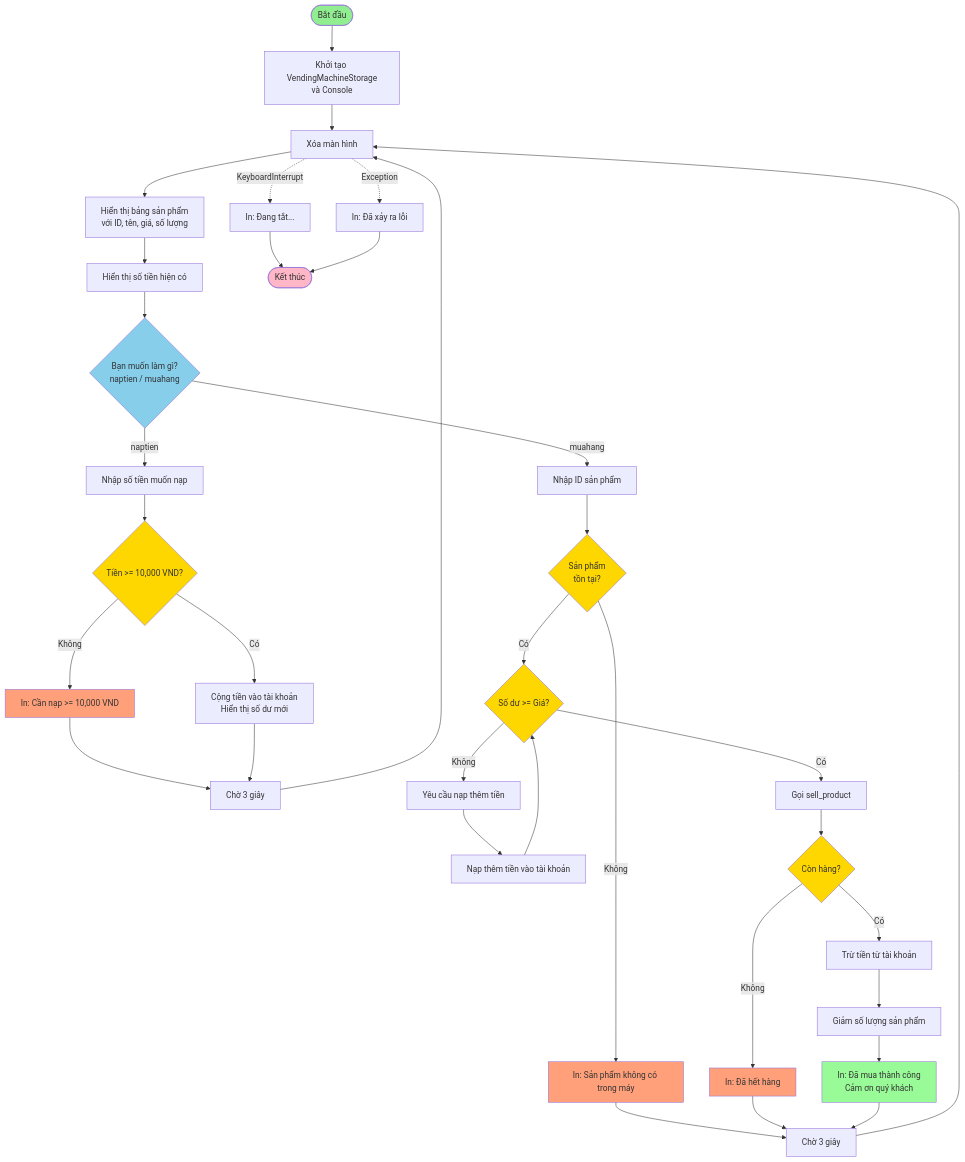
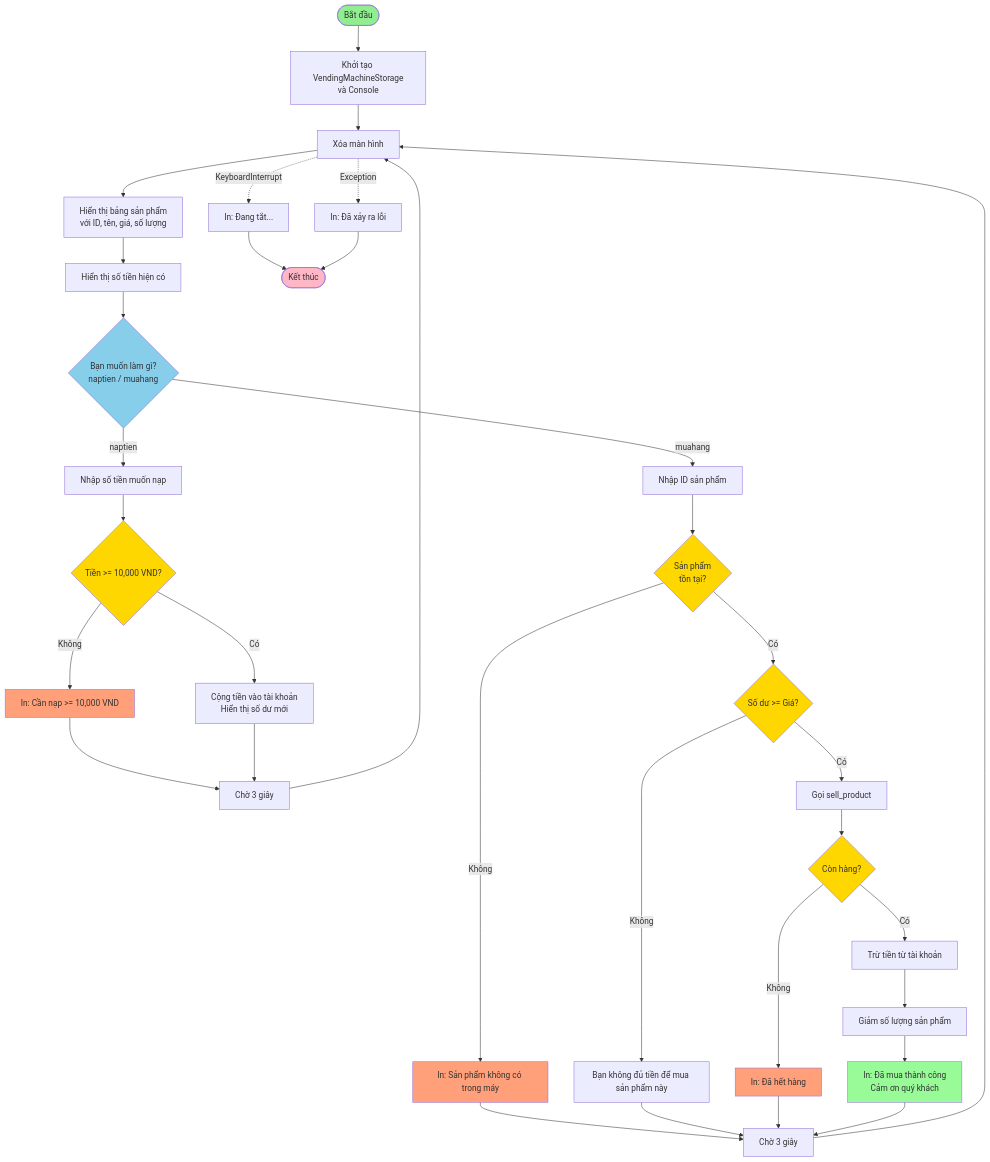
Before and after one commit to cailogang/VendingMachine: the diagram in readme.md, drawn with Mermaid.

Commit message:
fix: match the requirement of the EX

````diff
--- a/readme.md
+++ b/readme.md
@@ -261,55 +261,53 @@
 ```mermaid
 flowchart TD
     Start([Bắt đầu]) --> Init[Khởi tạo VendingMachineStorage<br/>và Console]
     Init --> Clear[Xóa màn hình]
     Clear --> Display[Hiển thị bảng sản phẩm<br/>với ID, tên, giá, số lượng]
     Display --> ShowMoney[Hiển thị số tiền hiện có]
     ShowMoney --> Prompt{Bạn muốn làm gì?<br/>naptien / muahang}
     
     Prompt -->|naptien| InputMoney[Nhập số tiền muốn nạp]
     InputMoney --> CheckMinMoney{Tiền >= 10,000 VND?}
     CheckMinMoney -->|Có| AddMoney[Cộng tiền vào tài khoản<br/>Hiển thị số dư mới]
     CheckMinMoney -->|Không| ErrorMin[In: Cần nạp >= 10,000 VND]
     ErrorMin --> Wait1[Chờ 3 giây]
     AddMoney --> Wait1
     
     Prompt -->|muahang| InputID[Nhập ID sản phẩm]
     InputID --> CheckExists{Sản phẩm<br/>tồn tại?}
     CheckExists -->|Không| ErrorNotFound[In: Sản phẩm không có trong máy]
     ErrorNotFound --> Wait2[Chờ 3 giây]
     
     CheckExists -->|Có| CheckBalance{Số dư >= Giá?}
-    CheckBalance -->|Không| AskMoreMoney[Yêu cầu nạp thêm tiền]
-    AskMoreMoney --> AddMoreMoney[Nạp thêm tiền vào tài khoản]
-    AddMoreMoney --> CheckBalance
+    CheckBalance -->|Không| Display2[Bạn không đủ tiền để mua sản phẩm này] --> Wait2
     
     CheckBalance -->|Có| ProcessSell[Gọi sell_product]
     ProcessSell --> CheckStock{Còn hàng?}
     CheckStock -->|Không| ErrorStock[In: Đã hết hàng]
     ErrorStock --> Wait2
     
     CheckStock -->|Có| DeductMoney[Trừ tiền từ tài khoản]
     DeductMoney --> DeductStock[Giảm số lượng sản phẩm]
     DeductStock --> Success[In: Đã mua thành công<br/>Cảm ơn quý khách]
     Success --> Wait2
     
     Wait1 --> Clear
     Wait2 --> Clear
     
     Clear -.->|KeyboardInterrupt| Exit1[In: Đang tắt...]
     Clear -.->|Exception| Exit2[In: Đã xảy ra lỗi]
     Exit1 --> End([Kết thúc])
     Exit2 --> End
     
     style Start fill:#90EE90
     style End fill:#FFB6C6
     style Prompt fill:#87CEEB
     style CheckExists fill:#FFD700
     style CheckBalance fill:#FFD700
     style CheckStock fill:#FFD700
     style CheckMinMoney fill:#FFD700
     style Success fill:#98FB98
     style ErrorNotFound fill:#FFA07A
     style ErrorStock fill:#FFA07A
     style ErrorMin fill:#FFA07A
 ```
````
